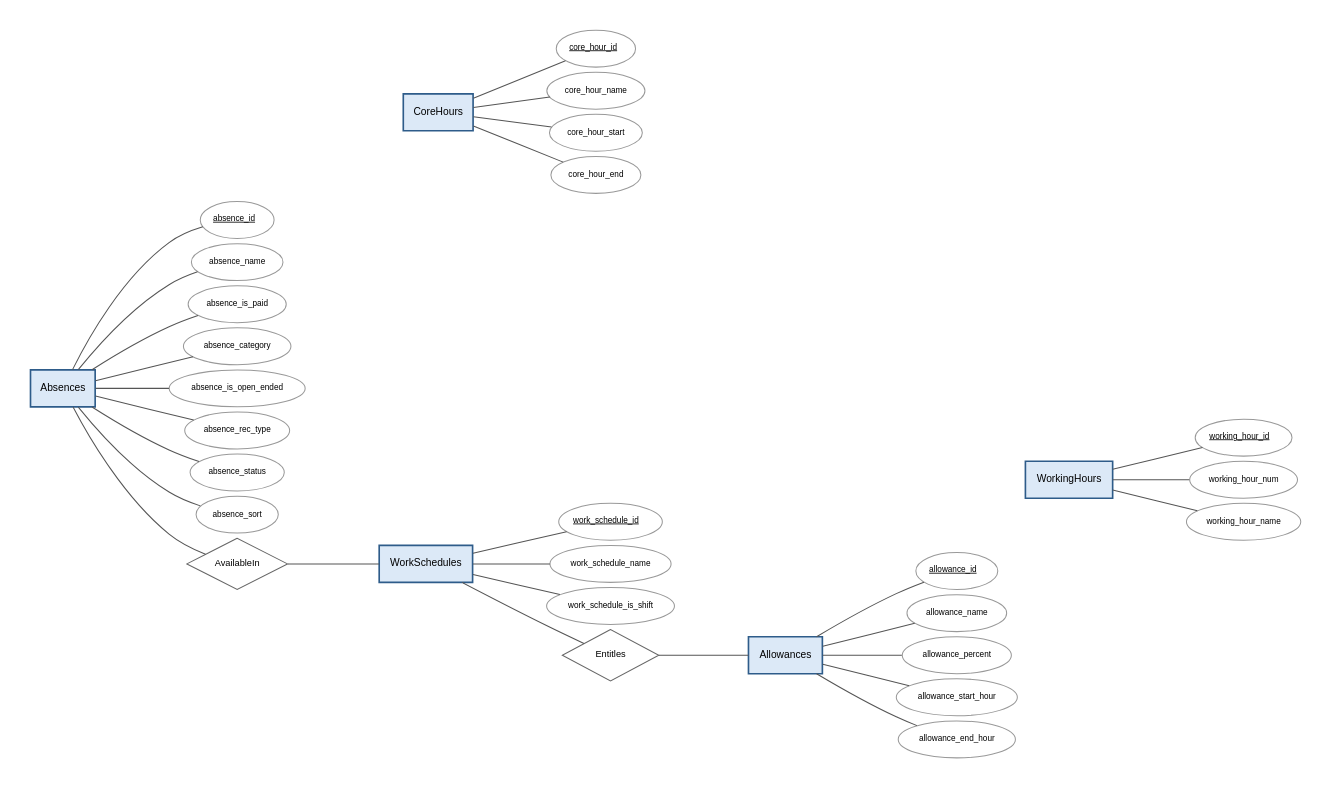
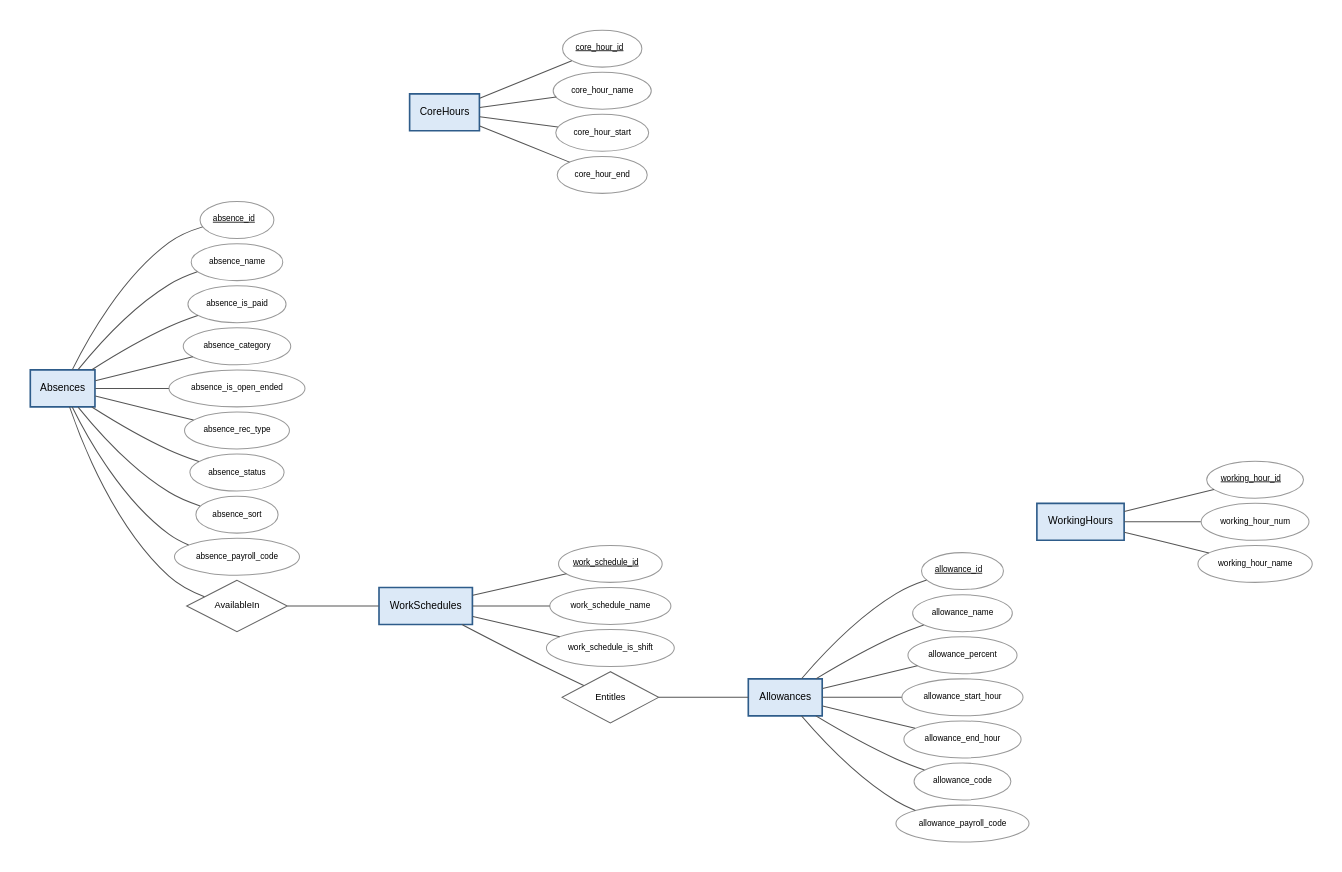
One commit to mbodigit/time_tracking_system_prototype changed the diagram in docs/diagram/er-2-munkaido-parameterek.dot. Above: the diagram before and after it, drawn with Graphviz. The commit also changed 6 other files, not shown here.

```diff
--- a/docs/diagram/er-2-munkaido-parameterek.dot
+++ b/docs/diagram/er-2-munkaido-parameterek.dot
@@ -1,69 +1,75 @@
 graph ER {
   fontname="Helvetica";
   graph [rankdir=LR, splines=spline, nodesep=0.3, ranksep=1.0, pack=true, packmode=array, bgcolor="white", pad=0.3];
   node [fontname="Helvetica", fontsize=10];
   edge [fontname="Helvetica", fontsize=9, color="#555555"];
 
   // fókuszban lévő egyedek, minden attribútummal
   "WorkSchedules" [shape=box, style="filled,bold", fillcolor="#DCE9F7", color="#2E5C8A", penwidth=1.6];
   "WorkSchedules__work_schedule_id" [shape=ellipse, style=filled, fillcolor="white", color="#999999", fontsize=8, label=<<U>work_schedule_id</U>>];
   "WorkSchedules" -- "WorkSchedules__work_schedule_id" [len=0.8, weight=4];
   "WorkSchedules__work_schedule_name" [shape=ellipse, style=filled, fillcolor="white", color="#999999", fontsize=8, label="work_schedule_name"];
   "WorkSchedules" -- "WorkSchedules__work_schedule_name" [len=0.8, weight=4];
   "WorkSchedules__work_schedule_is_shift" [shape=ellipse, style=filled, fillcolor="white", color="#999999", fontsize=8, label="work_schedule_is_shift"];
   "WorkSchedules" -- "WorkSchedules__work_schedule_is_shift" [len=0.8, weight=4];
   "WorkingHours" [shape=box, style="filled,bold", fillcolor="#DCE9F7", color="#2E5C8A", penwidth=1.6];
   "WorkingHours__working_hour_id" [shape=ellipse, style=filled, fillcolor="white", color="#999999", fontsize=8, label=<<U>working_hour_id</U>>];
   "WorkingHours" -- "WorkingHours__working_hour_id" [len=0.8, weight=4];
   "WorkingHours__working_hour_num" [shape=ellipse, style=filled, fillcolor="white", color="#999999", fontsize=8, label="working_hour_num"];
   "WorkingHours" -- "WorkingHours__working_hour_num" [len=0.8, weight=4];
   "WorkingHours__working_hour_name" [shape=ellipse, style=filled, fillcolor="white", color="#999999", fontsize=8, label="working_hour_name"];
   "WorkingHours" -- "WorkingHours__working_hour_name" [len=0.8, weight=4];
   "CoreHours" [shape=box, style="filled,bold", fillcolor="#DCE9F7", color="#2E5C8A", penwidth=1.6];
   "CoreHours__core_hour_id" [shape=ellipse, style=filled, fillcolor="white", color="#999999", fontsize=8, label=<<U>core_hour_id</U>>];
   "CoreHours" -- "CoreHours__core_hour_id" [len=0.8, weight=4];
   "CoreHours__core_hour_name" [shape=ellipse, style=filled, fillcolor="white", color="#999999", fontsize=8, label="core_hour_name"];
   "CoreHours" -- "CoreHours__core_hour_name" [len=0.8, weight=4];
   "CoreHours__core_hour_start" [shape=ellipse, style=filled, fillcolor="white", color="#999999", fontsize=8, label="core_hour_start"];
   "CoreHours" -- "CoreHours__core_hour_start" [len=0.8, weight=4];
   "CoreHours__core_hour_end" [shape=ellipse, style=filled, fillcolor="white", color="#999999", fontsize=8, label="core_hour_end"];
   "CoreHours" -- "CoreHours__core_hour_end" [len=0.8, weight=4];
   "Absences" [shape=box, style="filled,bold", fillcolor="#DCE9F7", color="#2E5C8A", penwidth=1.6];
   "Absences__absence_id" [shape=ellipse, style=filled, fillcolor="white", color="#999999", fontsize=8, label=<<U>absence_id</U>>];
   "Absences" -- "Absences__absence_id" [len=0.8, weight=4];
   "Absences__absence_name" [shape=ellipse, style=filled, fillcolor="white", color="#999999", fontsize=8, label="absence_name"];
   "Absences" -- "Absences__absence_name" [len=0.8, weight=4];
   "Absences__absence_is_paid" [shape=ellipse, style=filled, fillcolor="white", color="#999999", fontsize=8, label="absence_is_paid"];
   "Absences" -- "Absences__absence_is_paid" [len=0.8, weight=4];
   "Absences__absence_category" [shape=ellipse, style=filled, fillcolor="white", color="#999999", fontsize=8, label="absence_category"];
   "Absences" -- "Absences__absence_category" [len=0.8, weight=4];
   "Absences__absence_is_open_ended" [shape=ellipse, style=filled, fillcolor="white", color="#999999", fontsize=8, label="absence_is_open_ended"];
   "Absences" -- "Absences__absence_is_open_ended" [len=0.8, weight=4];
   "Absences__absence_rec_type" [shape=ellipse, style=filled, fillcolor="white", color="#999999", fontsize=8, label="absence_rec_type"];
   "Absences" -- "Absences__absence_rec_type" [len=0.8, weight=4];
   "Absences__absence_status" [shape=ellipse, style=filled, fillcolor="white", color="#999999", fontsize=8, label="absence_status"];
   "Absences" -- "Absences__absence_status" [len=0.8, weight=4];
   "Absences__absence_sort" [shape=ellipse, style=filled, fillcolor="white", color="#999999", fontsize=8, label="absence_sort"];
   "Absences" -- "Absences__absence_sort" [len=0.8, weight=4];
+  "Absences__absence_payroll_code" [shape=ellipse, style=filled, fillcolor="white", color="#999999", fontsize=8, label="absence_payroll_code"];
+  "Absences" -- "Absences__absence_payroll_code" [len=0.8, weight=4];
   "Allowances" [shape=box, style="filled,bold", fillcolor="#DCE9F7", color="#2E5C8A", penwidth=1.6];
   "Allowances__allowance_id" [shape=ellipse, style=filled, fillcolor="white", color="#999999", fontsize=8, label=<<U>allowance_id</U>>];
   "Allowances" -- "Allowances__allowance_id" [len=0.8, weight=4];
   "Allowances__allowance_name" [shape=ellipse, style=filled, fillcolor="white", color="#999999", fontsize=8, label="allowance_name"];
   "Allowances" -- "Allowances__allowance_name" [len=0.8, weight=4];
   "Allowances__allowance_percent" [shape=ellipse, style=filled, fillcolor="white", color="#999999", fontsize=8, label="allowance_percent"];
   "Allowances" -- "Allowances__allowance_percent" [len=0.8, weight=4];
   "Allowances__allowance_start_hour" [shape=ellipse, style=filled, fillcolor="white", color="#999999", fontsize=8, label="allowance_start_hour"];
   "Allowances" -- "Allowances__allowance_start_hour" [len=0.8, weight=4];
   "Allowances__allowance_end_hour" [shape=ellipse, style=filled, fillcolor="white", color="#999999", fontsize=8, label="allowance_end_hour"];
   "Allowances" -- "Allowances__allowance_end_hour" [len=0.8, weight=4];
+  "Allowances__allowance_code" [shape=ellipse, style=filled, fillcolor="white", color="#999999", fontsize=8, label="allowance_code"];
+  "Allowances" -- "Allowances__allowance_code" [len=0.8, weight=4];
+  "Allowances__allowance_payroll_code" [shape=ellipse, style=filled, fillcolor="white", color="#999999", fontsize=8, label="allowance_payroll_code"];
+  "Allowances" -- "Allowances__allowance_payroll_code" [len=0.8, weight=4];
 
   // kapcsolatok
 
   // több-a-többhöz kapcsolatok (a relációs sémában kapcsolótábla)
   "R_AbsenceWorkSchedules" [shape=diamond, style=filled, fillcolor="white", color="#666666", fontsize=9, label="AvailableIn", width=1.3, height=0.7];
   "Absences" -- "R_AbsenceWorkSchedules" [label="M", len=2.4];
   "R_AbsenceWorkSchedules" -- "WorkSchedules" [label="N", len=2.4];
   "R_WorkScheduleAllowances" [shape=diamond, style=filled, fillcolor="white", color="#666666", fontsize=9, label="Entitles", width=1.3, height=0.7];
   "WorkSchedules" -- "R_WorkScheduleAllowances" [label="M", len=2.4];
   "R_WorkScheduleAllowances" -- "Allowances" [label="N", len=2.4];
 }
```
